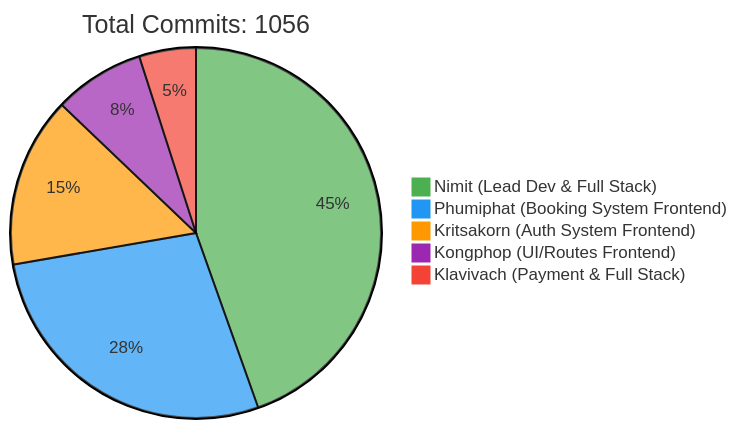
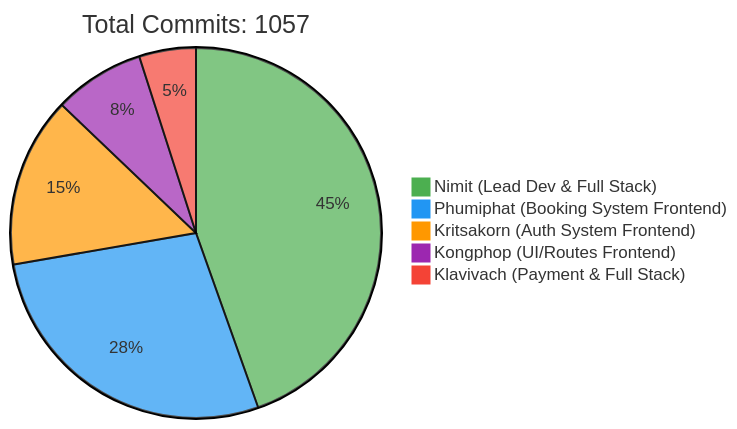
One commit to 6531503042/Sport-Complex changed the first of 2 diagrams in README.md. Above: the diagram before and after it, drawn with Mermaid. The commit also changed other lines of this file, not shown here.

Commit message:
docs: Update contributor statistics [skip ci]

````diff
--- a/README.md
+++ b/README.md
@@ -240,10 +240,10 @@
 ```mermaid
 %%{init: {'theme': 'base', 'themeVariables': { 'pie1': '#4CAF50', 'pie2': '#2196F3', 'pie3': '#FF9800', 'pie4': '#9C27B0', 'pie5': '#F44336'}}}%%
 pie
-    title Total Commits: 1056
+    title Total Commits: 1057
     "Nimit (Lead Dev & Full Stack)" : 450
     "Phumiphat (Booking System Frontend)" : 280
     "Kritsakorn (Auth System Frontend)" : 150
     "Kongphop (UI/Routes Frontend)" : 80
     "Klavivach (Payment & Full Stack)" : 50
 ```
````
